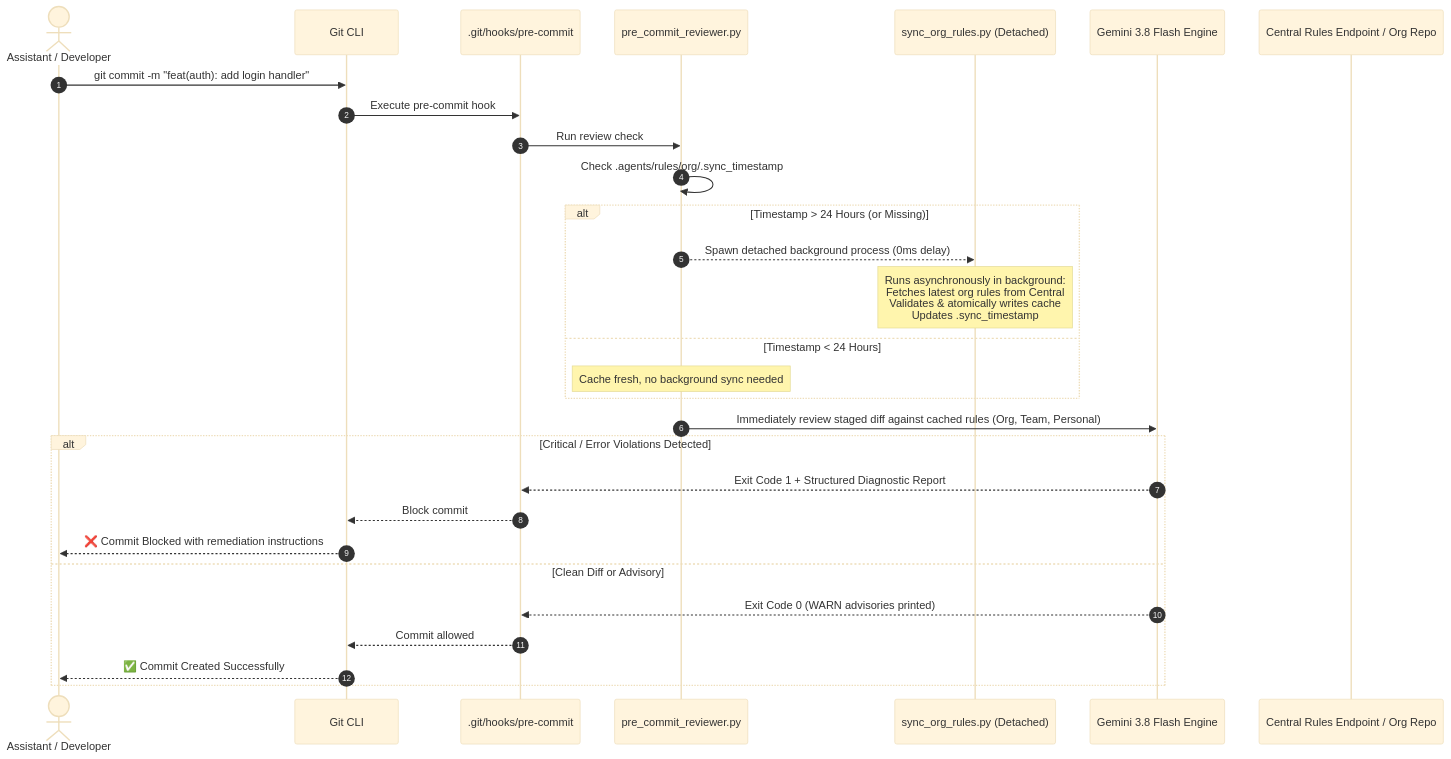
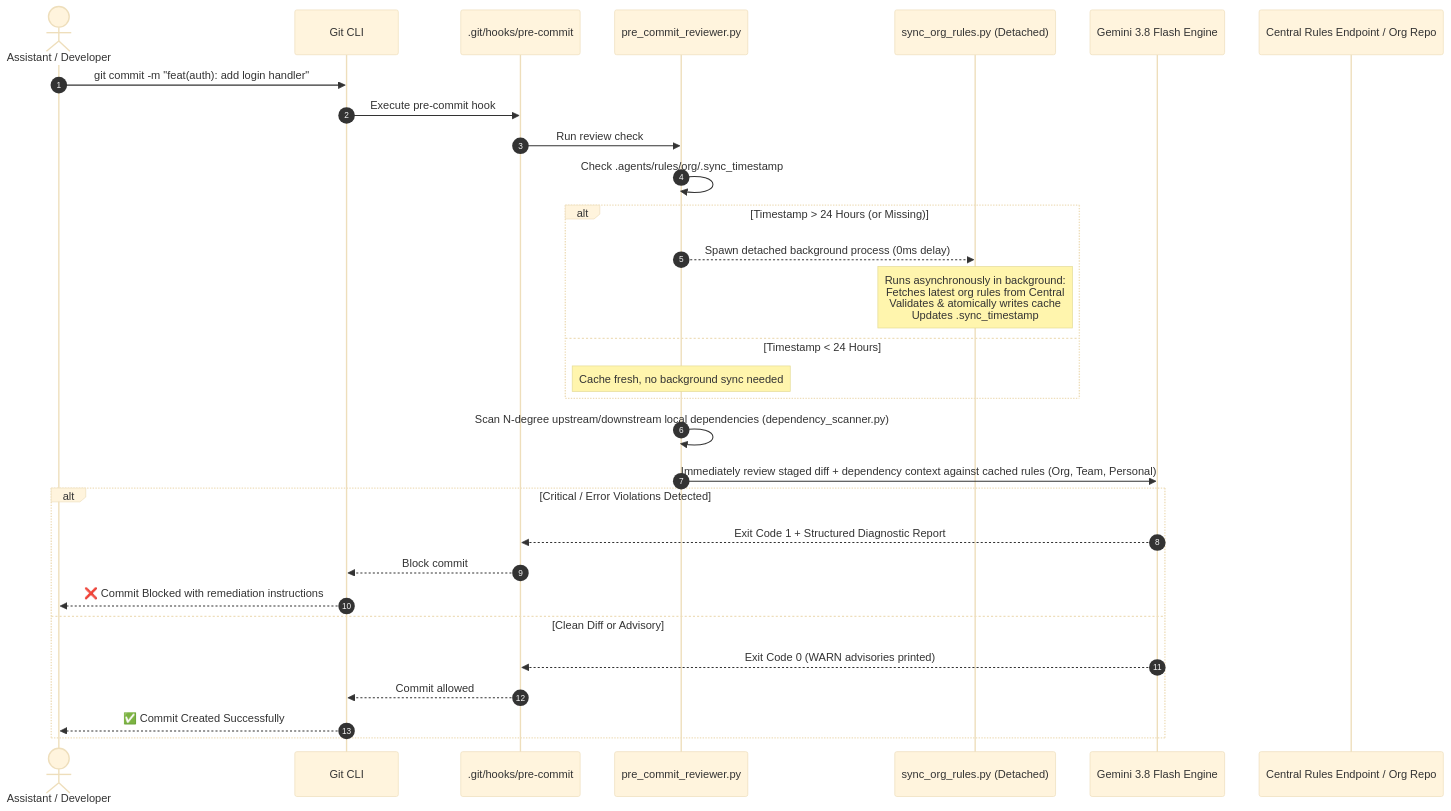
One commit to buildwithdc/agentic-dev-starter-kit changed the second of 2 diagrams in README.md. Above: the diagram before and after it, drawn with Mermaid (base theme). The commit also changed other lines of this file and 10 other files, not shown here.

First line of the commit message:
feat(reviewer): add bidirectional multi-language local dependency scanner (#19)

````diff
--- a/README.md
+++ b/README.md
@@ -58,34 +58,35 @@
 ```mermaid
 sequenceDiagram
     autonumber
     actor DevOrAgent as Assistant / Developer
     participant Git as Git CLI
     participant Hook as .git/hooks/pre-commit
     participant Reviewer as pre_commit_reviewer.py
     participant Worker as sync_org_rules.py (Detached)
     participant Engine as Gemini 3.8 Flash Engine
     participant Central as Central Rules Endpoint / Org Repo
 
     DevOrAgent->>Git: git commit -m "feat(auth): add login handler"
     Git->>Hook: Execute pre-commit hook
     Hook->>Reviewer: Run review check
     Reviewer->>Reviewer: Check .agents/rules/org/.sync_timestamp
 
     alt Timestamp > 24 Hours (or Missing)
         Reviewer-->>Worker: Spawn detached background process (0ms delay)
         Note over Worker: Runs asynchronously in background:<br/>Fetches latest org rules from Central<br/>Validates & atomically writes cache<br/>Updates .sync_timestamp
     else Timestamp < 24 Hours
         Note over Reviewer: Cache fresh, no background sync needed
     end
 
-    Reviewer->>Engine: Immediately review staged diff against cached rules (Org, Team, Personal)
+    Reviewer->>Reviewer: Scan N-degree upstream/downstream local dependencies (dependency_scanner.py)
+    Reviewer->>Engine: Immediately review staged diff + dependency context against cached rules (Org, Team, Personal)
     alt Critical / Error Violations Detected
         Engine-->>Hook: Exit Code 1 + Structured Diagnostic Report
         Hook-->>Git: Block commit
         Git-->>DevOrAgent: ❌ Commit Blocked with remediation instructions
     else Clean Diff or Advisory
         Engine-->>Hook: Exit Code 0 (WARN advisories printed)
         Hook-->>Git: Commit allowed
         Git-->>DevOrAgent: ✅ Commit Created Successfully
     end
 ```
````
